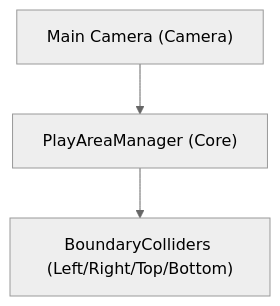
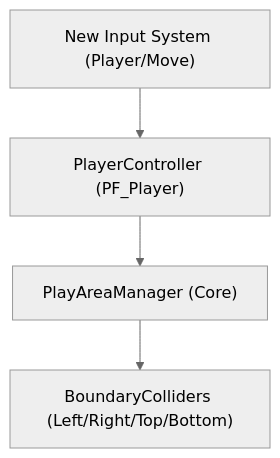
One commit to baewhv/Test_MCPv2 changed the diagram in docs/ARCHITECTURE.md. Above: the diagram before and after it, drawn with Mermaid (neutral theme). The commit also changed other lines of this file and 6 other files, not shown here.

Commit message:
[feat] : 플레이어 단일 기체 수평 이동 및 경계 클램프 PlayerController 구현 #Task1-2

````diff
--- a/docs/ARCHITECTURE.md
+++ b/docs/ARCHITECTURE.md
@@ -43,9 +44,11 @@
 ```mermaid
 graph TD
-    MainCamera["Main Camera (Camera)"]
+    InputSystem["New Input System (Player/Move)"]
+    Player["PlayerController (PF_Player)"]
     PlayAreaManager["PlayAreaManager (Core)"]
     Boundaries["BoundaryColliders (Left/Right/Top/Bottom)"]
     
-    MainCamera --> PlayAreaManager
+    InputSystem --> Player
+    Player --> PlayAreaManager
     PlayAreaManager --> Boundaries
 ```
````
